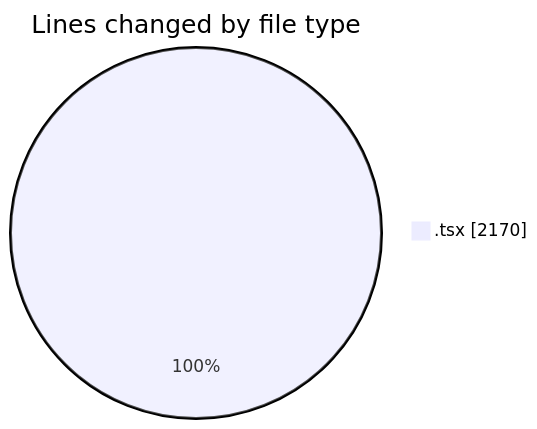
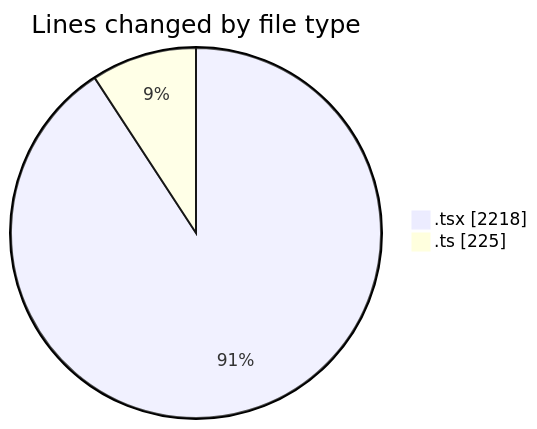
Before and after one commit to julien-gomy/code-tracking: the first of 2 diagrams in 2025-10-13/eventscop-frontend-guide__workspace_/README.md, drawn with Mermaid. The commit also changed other lines of this file and 1 other file, not shown here.

````diff
--- a/2025-10-13/eventscop-frontend-guide__workspace_/README.md
+++ b/2025-10-13/eventscop-frontend-guide__workspace_/README.md
@@ -26,5 +28,6 @@
 ```mermaid
 pie showData
 title Lines changed by file type
-".tsx" : 2170
+".tsx" : 2218
+".ts" : 225
 ```
````
